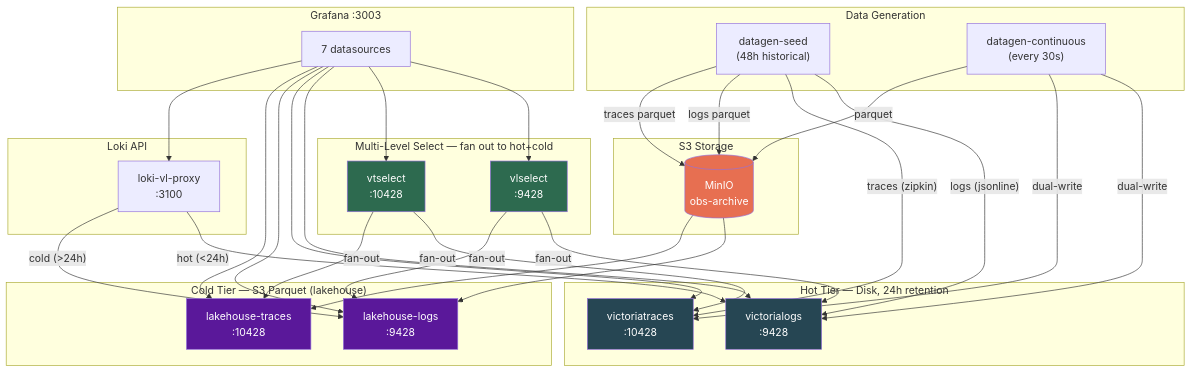
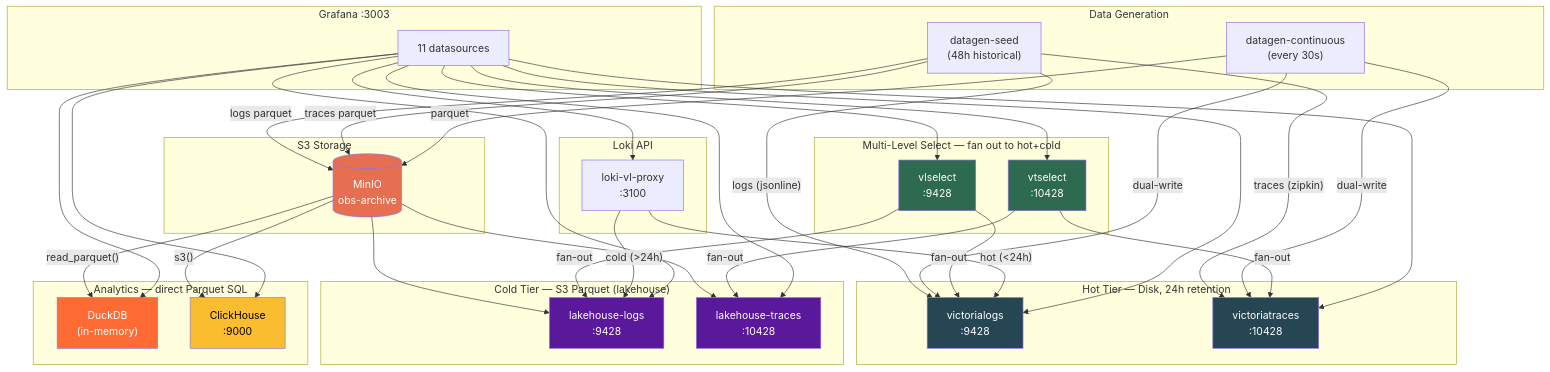
Before and after one commit to ReliablyObserve/victoria-lakehouse: the diagram in docs/docker-compose-setup.md, drawn with Mermaid. The commit also changed other lines of this file and 5 other files, not shown here.

First line of the commit message:
feat: add DuckDB + ClickHouse analytics datasources for direct S3 Parquet queries

````diff
--- a/docs/docker-compose-setup.md
+++ b/docs/docker-compose-setup.md
@@ -12,69 +12,80 @@
 ```mermaid
 graph TB
     subgraph "Data Generation"
         DS["datagen-seed<br/>(48h historical)"]
         DC["datagen-continuous<br/>(every 30s)"]
     end
 
     subgraph "S3 Storage"
         MINIO[("MinIO<br/>obs-archive")]
     end
 
     subgraph "Hot Tier — Disk, 24h retention"
         VL["victorialogs<br/>:9428"]
         VT["victoriatraces<br/>:10428"]
     end
 
     subgraph "Cold Tier — S3 Parquet (lakehouse)"
         LHL["lakehouse-logs<br/>:9428"]
         LHT["lakehouse-traces<br/>:10428"]
     end
 
     subgraph "Multi-Level Select — fan out to hot+cold"
         VLS["vlselect<br/>:9428"]
         VTS["vtselect<br/>:10428"]
     end
 
     subgraph "Loki API"
         LVP["loki-vl-proxy<br/>:3100"]
     end
 
+    subgraph "Analytics — direct Parquet SQL"
+        DDB["DuckDB<br/>(in-memory)"]
+        CH["ClickHouse<br/>:9000"]
+    end
+
     subgraph "Grafana :3003"
-        G["7 datasources"]
+        G["11 datasources"]
     end
 
     DS -->|"logs (jsonline)"| VL
     DS -->|"traces (zipkin)"| VT
     DS -->|"logs parquet"| MINIO
     DS -->|"traces parquet"| MINIO
     DC -->|"dual-write"| VL
     DC -->|"dual-write"| VT
     DC -->|"parquet"| MINIO
 
     MINIO --> LHL
     MINIO --> LHT
+    MINIO -->|"s3()"| CH
+    MINIO -->|"read_parquet()"| DDB
 
     VLS -->|"fan-out"| VL
     VLS -->|"fan-out"| LHL
     VTS -->|"fan-out"| VT
     VTS -->|"fan-out"| LHT
 
     LVP -->|"hot (<24h)"| VL
     LVP -->|"cold (>24h)"| LHL
 
     G --> VLS
     G --> VTS
     G --> VL
     G --> VT
     G --> LHL
     G --> LHT
     G --> LVP
+    G --> DDB
+    G --> CH
 
     style VL fill:#264653,color:#fff
     style VT fill:#264653,color:#fff
     style LHL fill:#5a189a,color:#fff
     style LHT fill:#5a189a,color:#fff
     style VLS fill:#2d6a4f,color:#fff
     style VTS fill:#2d6a4f,color:#fff
     style MINIO fill:#e76f51,color:#fff
+    style DDB fill:#ff6b35,color:#fff
+    style CH fill:#fabd2f,color:#000
 ```
````
